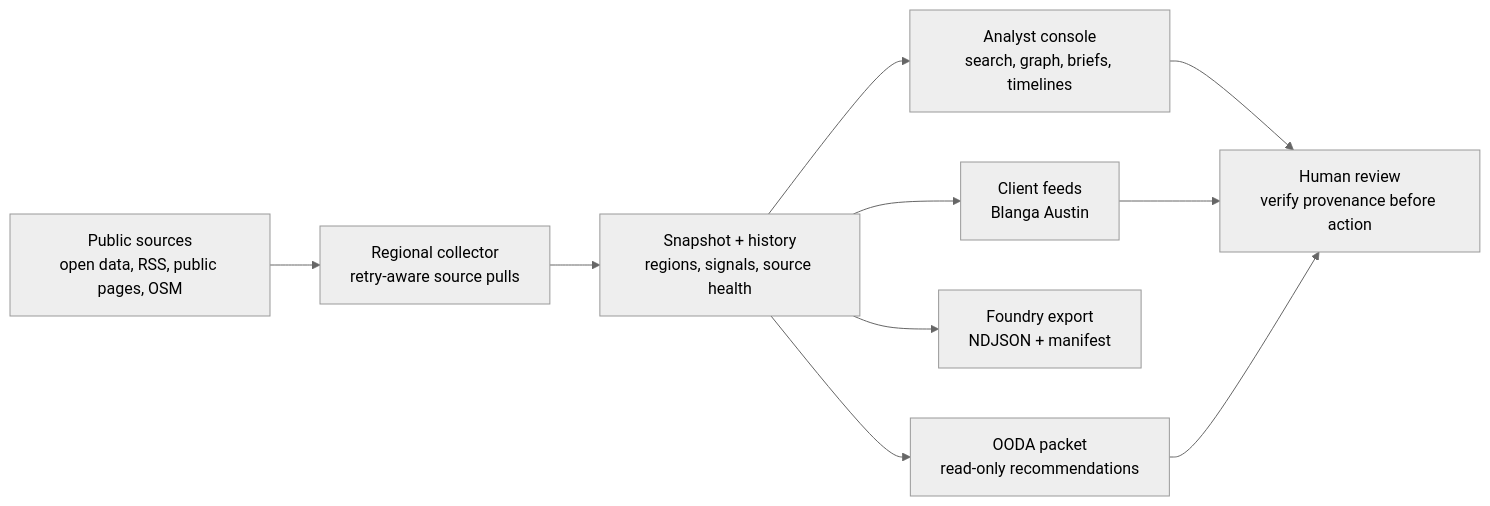
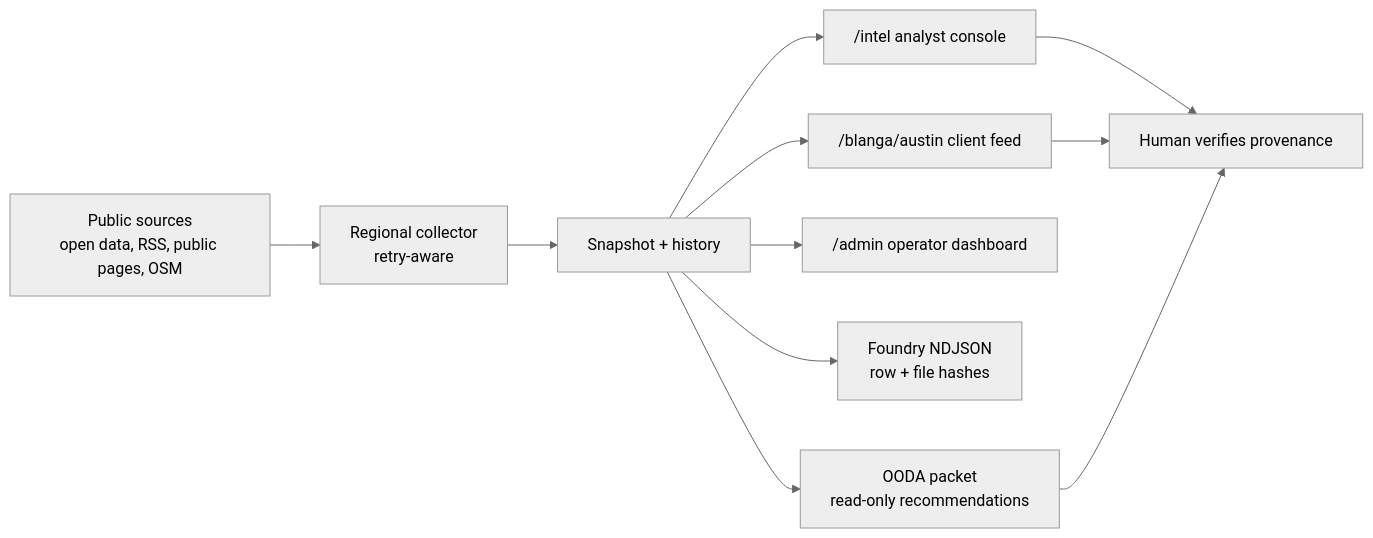
Before and after one commit to arigatoexpress/regional-intel-workbench: the diagram in README.md, drawn with Mermaid (neutral theme). The commit also changed other lines of this file, not shown here.

First line of the commit message:
docs(readme): manifesto rewrite — provenance discipline as the differentiator (#15)

````diff
--- a/README.md
+++ b/README.md
@@ -89,12 +81,13 @@
 ```mermaid
 flowchart LR
-    A["Public sources<br/>open data, RSS, public pages, OSM"] --> B["Regional collector<br/>retry-aware source pulls"]
-    B --> C["Snapshot + history<br/>regions, signals, source health"]
-    C --> D["Analyst console<br/>search, graph, briefs, timelines"]
-    C --> E["Client feeds<br/>Blanga Austin"]
-    C --> F["Foundry export<br/>NDJSON + manifest"]
-    C --> G["OODA packet<br/>read-only recommendations"]
-    D --> H["Human review<br/>verify provenance before action"]
-    E --> H
-    G --> H
+    Sources["Public sources<br/>open data, RSS, public pages, OSM"] --> Collector
+    Collector["Regional collector<br/>retry-aware"] --> Snapshot["Snapshot + history"]
+    Snapshot --> Console["/intel analyst console"]
+    Snapshot --> Client["/blanga/austin client feed"]
+    Snapshot --> Admin["/admin operator dashboard"]
+    Snapshot --> Export["Foundry NDJSON<br/>row + file hashes"]
+    Snapshot --> OODA["OODA packet<br/>read-only recommendations"]
+    Console --> Human["Human verifies provenance"]
+    Client --> Human
+    OODA --> Human
 ```
````
